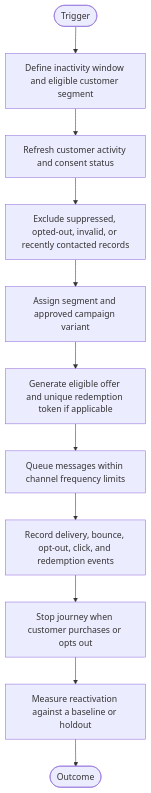
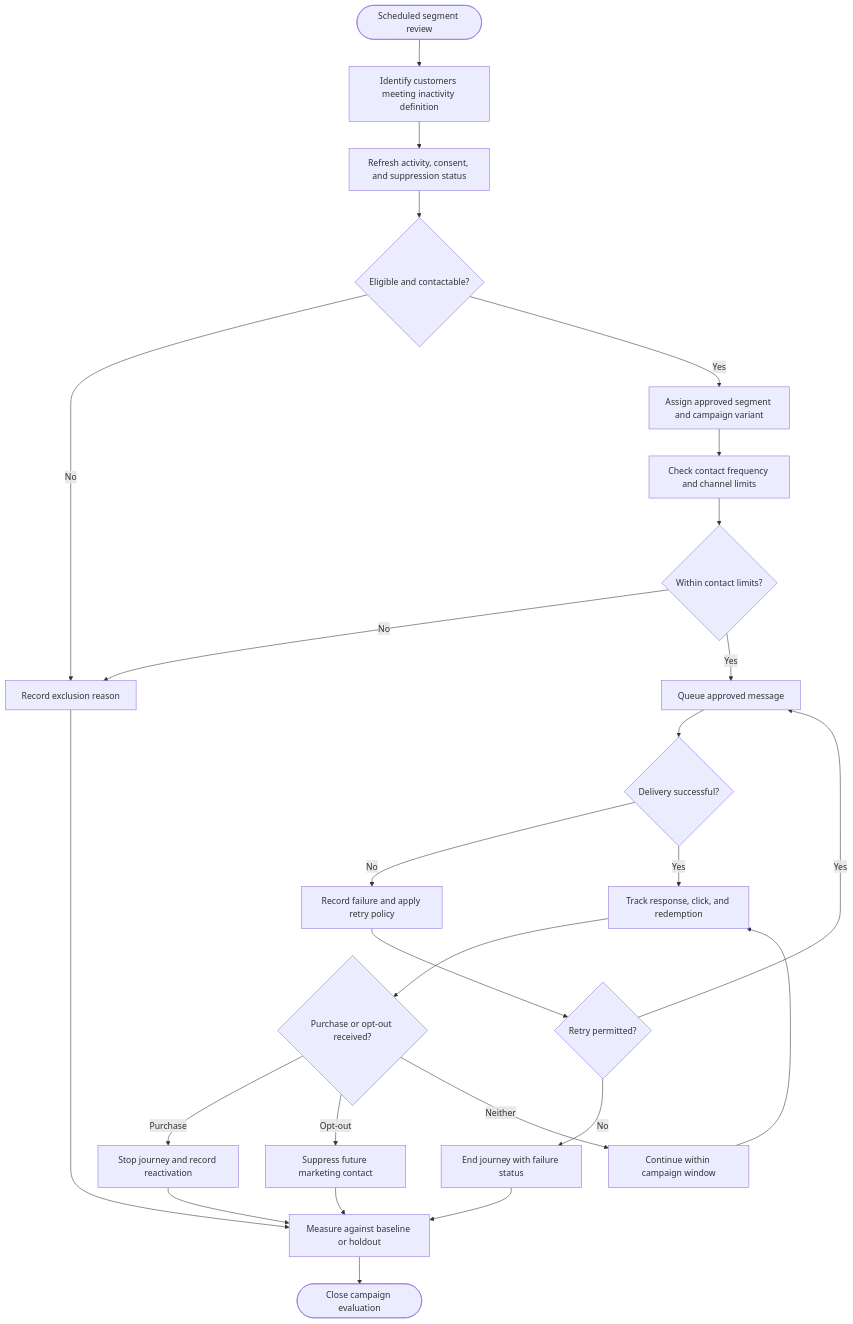
The first of 3 diagrams in 02-crm-and-customer-retention/dormant-customer-reactivation.md (reviveproject4-source/visual-business-flows), drawn with Mermaid before and after one commit. The commit also changed other lines of this file and 14 other files, not shown here.

First line of the commit message:
Align workflow diagrams with business rules and exceptions

````diff
--- a/02-crm-and-customer-retention/dormant-customer-reactivation.md
+++ b/02-crm-and-customer-retention/dormant-customer-reactivation.md
@@ -55,22 +55,28 @@
 ```mermaid
 flowchart TD
-    Start([Trigger]) --> S1
-    S1[Define inactivity window and eligible customer segment]
-    S2[Refresh customer activity and consent status]
-    S3[Exclude suppressed, opted-out, invalid, or recently contacted records]
-    S4[Assign segment and approved campaign variant]
-    S5[Generate eligible offer and unique redemption token if applicable]
-    S6[Queue messages within channel frequency limits]
-    S7[Record delivery, bounce, opt-out, click, and redemption events]
-    S8[Stop journey when customer purchases or opts out]
-    S9[Measure reactivation against a baseline or holdout]
-    S1 --> S2
-    S2 --> S3
-    S3 --> S4
-    S4 --> S5
-    S5 --> S6
-    S6 --> S7
-    S7 --> S8
-    S8 --> S9
-    S9 --> End([Outcome])
+    A([Scheduled segment review]) --> B[Identify customers meeting inactivity definition]
+    B --> C[Refresh activity, consent, and suppression status]
+    C --> D{Eligible and contactable?}
+    D -->|No| X[Record exclusion reason]
+    D -->|Yes| E[Assign approved segment and campaign variant]
+    E --> F[Check contact frequency and channel limits]
+    F --> G{Within contact limits?}
+    G -->|No| X
+    G -->|Yes| H[Queue approved message]
+    H --> I{Delivery successful?}
+    I -->|No| J[Record failure and apply retry policy]
+    I -->|Yes| K[Track response, click, and redemption]
+    J --> L{Retry permitted?}
+    L -->|Yes| H
+    L -->|No| M[End journey with failure status]
+    K --> N{Purchase or opt-out received?}
+    N -->|Purchase| O[Stop journey and record reactivation]
+    N -->|Opt-out| P[Suppress future marketing contact]
+    N -->|Neither| Q[Continue within campaign window]
+    Q --> K
+    O --> R[Measure against baseline or holdout]
+    P --> R
+    X --> R
+    M --> R
+    R --> S([Close campaign evaluation])
 ```
````
